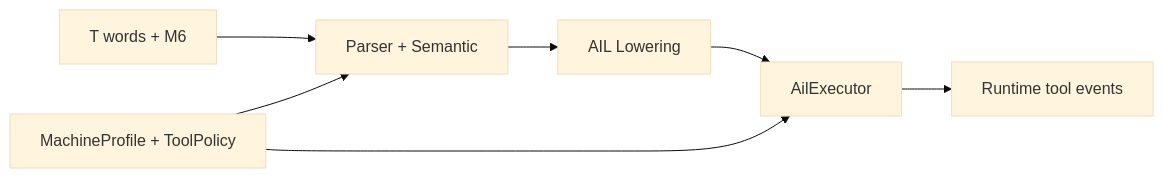
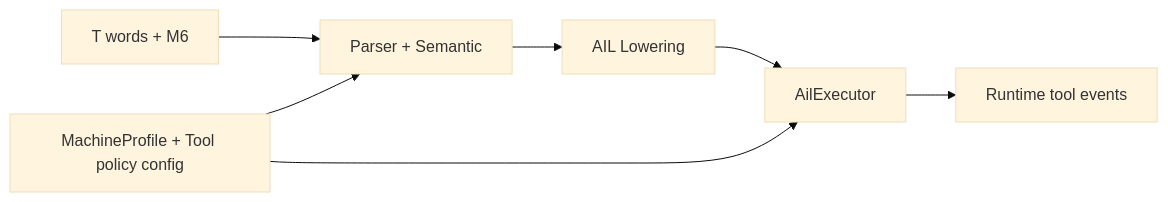
One commit to liufang-robot/experimental_gcode_parser changed the first of 2 diagrams in docs/src/development/design/tool_change_architecture.md. Above: the diagram before and after it, drawn with Mermaid (base theme). The commit also changed other lines of this file and 9 other files, not shown here.

````diff
--- a/docs/src/development/design/tool_change_architecture.md
+++ b/docs/src/development/design/tool_change_architecture.md
@@ -29,10 +30,10 @@
 ```mermaid
 flowchart LR
   A[T words + M6] --> B[Parser + Semantic]
   B --> C[AIL Lowering]
   C --> D[AilExecutor]
   D --> E[Runtime tool events]
 
-  P[MachineProfile + ToolPolicy] --> B
+  P[MachineProfile + Tool policy config] --> B
   P --> D
 ```
````
